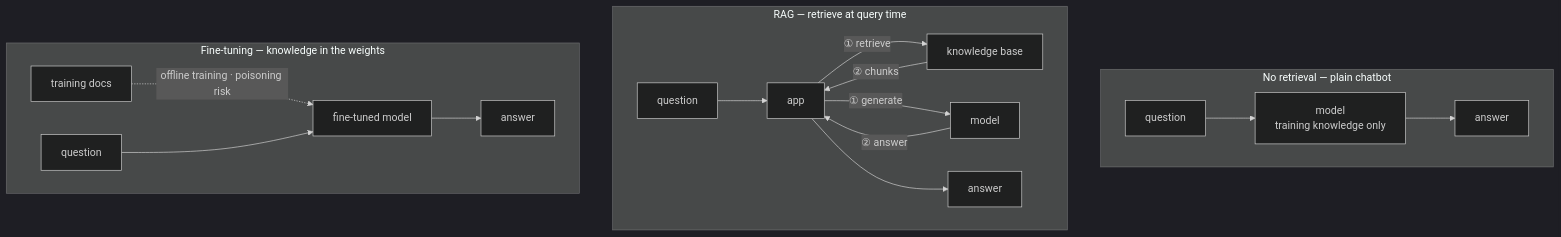
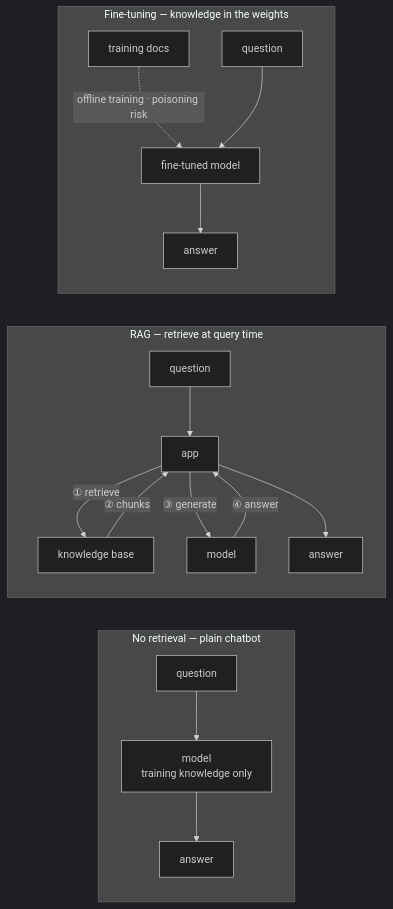
Before and after one commit to ryayres-fox/Security: the eighth of 11 diagrams in lab-journal/rag-and-ai-probe.md, drawn with Mermaid (dark theme). The commit also changed other lines of this file and 1 other file, not shown here.

First line of the commit message:
lab-journal: one numbering rule in every diagram, and every flowchart reads left to right

````diff
--- a/lab-journal/rag-and-ai-probe.md
+++ b/lab-journal/rag-and-ai-probe.md
@@ -410,20 +411,20 @@
 ```mermaid
-graph TB
+graph LR
   subgraph NR["No retrieval — plain chatbot"]
     Q1["question"] --> M1["model<br/>training knowledge only"]
     M1 --> R1["answer"]
   end
   subgraph RG["RAG — retrieve at query time"]
     Q2["question"] --> AP["app"]
     AP -->|"① retrieve"| KB2["knowledge base"]
     KB2 -->|"② chunks"| AP
-    AP -->|"① generate"| M2["model"]
-    M2 -->|"② answer"| AP
+    AP -->|"③ generate"| M2["model"]
+    M2 -->|"④ answer"| AP
     AP --> R2["answer"]
   end
   subgraph FT["Fine-tuning — knowledge in the weights"]
     D["training docs"] -. "offline training · poisoning risk" .-> M3["fine-tuned model"]
     Q3["question"] --> M3
     M3 --> R3["answer"]
   end
 ```
````
